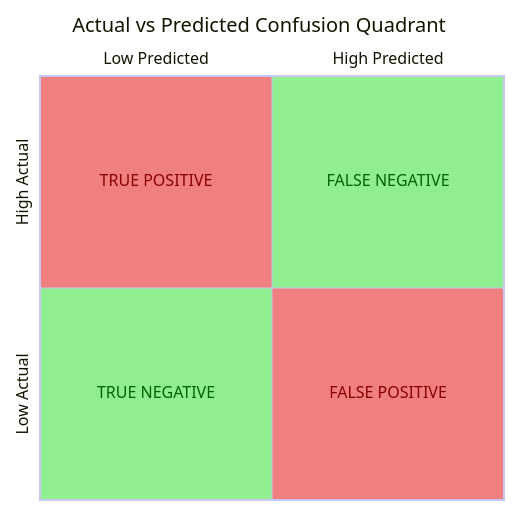
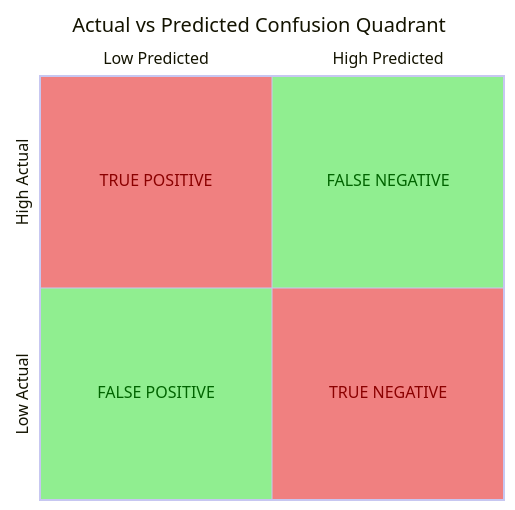
Before and after one commit to VanshDeshwal/notes: the seventh of 7 diagrams in Data Science Notes/100 days of ML/Machine Learning Notes.md, drawn with Mermaid.

Commit message:
vault backup: 2025-08-05 01:25:32

````diff
--- a/Data Science Notes/100 days of ML/Machine Learning Notes.md
+++ b/Data Science Notes/100 days of ML/Machine Learning Notes.md
@@ -1555,24 +1555,24 @@
 ```mermaid
 %%{init: {
   "theme": "default",
   "themeVariables": {
     "quadrant1Fill": "#90ee90",
     "quadrant1TextFill": "#006400",
     "quadrant2Fill": "#f08080",
     "quadrant2TextFill": "#8b0000",
     "quadrant3Fill": "#90ee90",
     "quadrant3TextFill": "#006400",
     "quadrant4Fill": "#f08080",
     "quadrant4TextFill": "#8b0000"
   }
 }}%%
 quadrantChart
     title Actual vs Predicted Confusion Quadrant
     x-axis Low Predicted --> High Predicted
     y-axis Low Actual --> High Actual
     quadrant-1 FALSE NEGATIVE
     quadrant-2 TRUE POSITIVE
-    quadrant-3 TRUE NEGATIVE
-    quadrant-4 FALSE POSITIVE
+    quadrant-3 FALSE POSITIVE
+    quadrant-4 TRUE NEGATIVE
 
 ```
````
